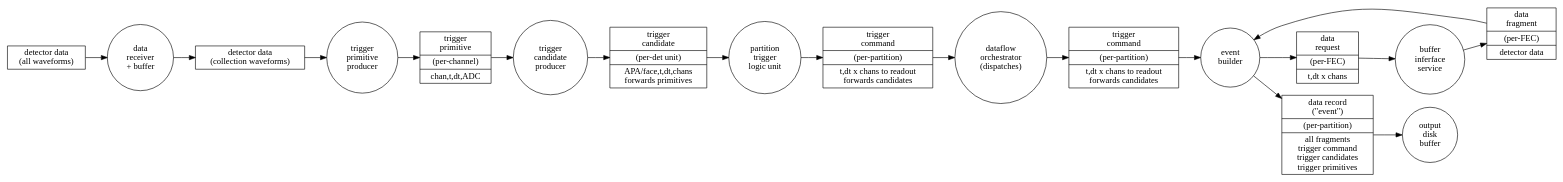
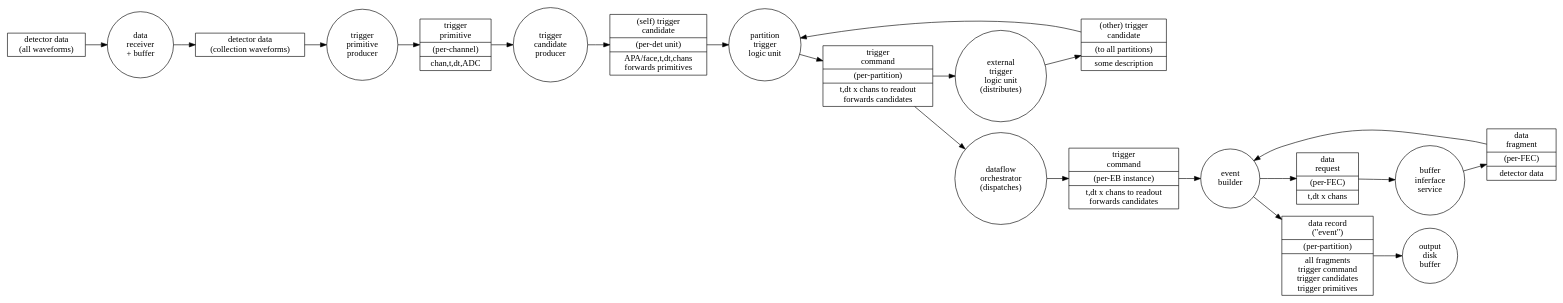
The diagram in graphics/daq-parts.dot (DUNE/dune-tdr), drawn with Graphviz before and after one commit. The commit also changed 1 other file, not shown here.

Commit message:
Forgot ETL

```diff
--- a/graphics/daq-parts.dot
+++ b/graphics/daq-parts.dot
@@ -1,28 +1,35 @@
 digraph parts {
         rankdir=LR
         // data
         node[shape=record];
         rwf[label="detector data\n(all waveforms)"];
         bwf[label="detector data\n(collection waveforms)"];
         tprim[label="{trigger\nprimitive}|{(per-channel)}|{chan,t,dt,ADC}"];
-        tcand[label="{trigger\ncandidate}|{(per-det unit)}|{APA/face,t,dt,chans\nforwards primitives}"];
+        tcand[label="{(self) trigger\ncandidate}|{(per-det unit)}|{APA/face,t,dt,chans\nforwards primitives}"];
+        tother[label="{(other) trigger\ncandidate}|{(to all partitions)}|{some description}"];        
         tcmd[label="{trigger\ncommand}|{(per-partition)}|{t,dt x chans to readout\nforwards candidates}"];
-        tcmd2[label="{trigger\ncommand}|{(per-partition)}|{t,dt x chans to readout\nforwards candidates}"];
+        tcmd2[label="{trigger\ncommand}|{(per-EB instance)}|{t,dt x chans to readout\nforwards candidates}"];
         req[label="{data\nrequest}|{(per-FEC)}|{t,dt x chans}"];
         frag[label="{data\nfragment}|{(per-FEC)}|{detector data}"];
         rec[label="{data record\n(\"event\")}|{(per-partition)}|{all fragments\ntrigger command\ntrigger candidates\ntrigger primitives}"];
-        
+
         // processes
         node[shape=circle];
         recv[label="data\nreceiver\n+ buffer"];
         tpp[label="trigger\nprimitive\nproducer"];
         tcp[label="trigger\ncandidate\nproducer"];
         ptl[label="partition\ntrigger\nlogic unit"];
         dfo[label="dataflow\norchestrator\n(dispatches)"];
         bis[label="buffer\ninferface\nservice"];
         eb[label="event\nbuilder"];
         out[label="output\ndisk\nbuffer"];
+
+        etl[label="external\ntrigger\nlogic unit\n(distributes)"]
         
         rwf->recv->bwf->tpp->tprim->tcp->tcand->ptl->tcmd->dfo->tcmd2->eb->req->bis->frag->eb->rec->out;
         
+        tcmd->etl->tother;
+        ptl->tother[dir=back];
+        
+
 }
```
